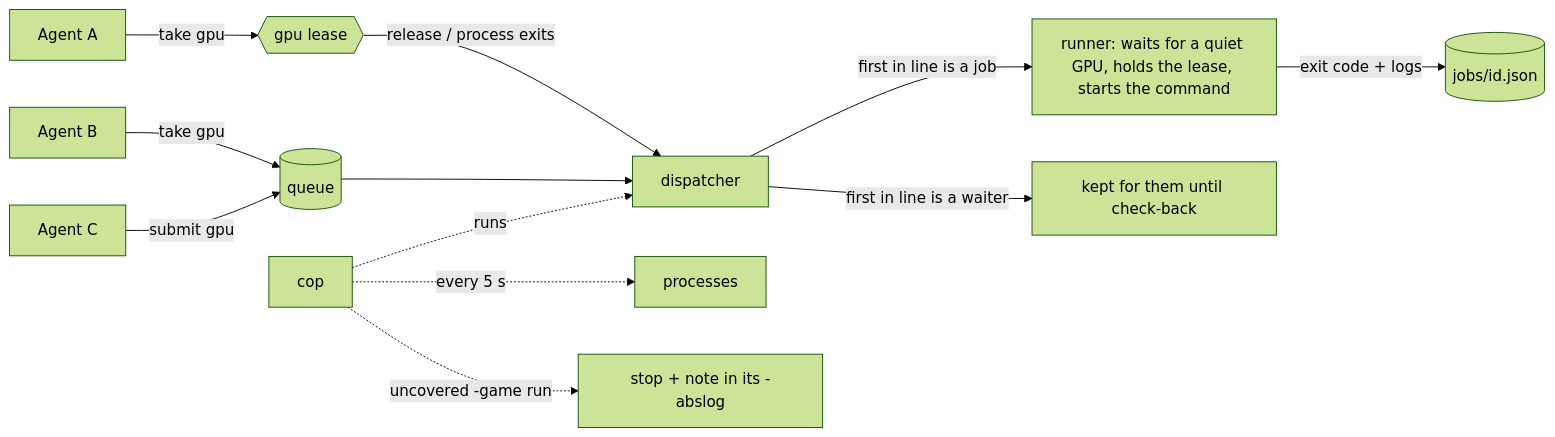
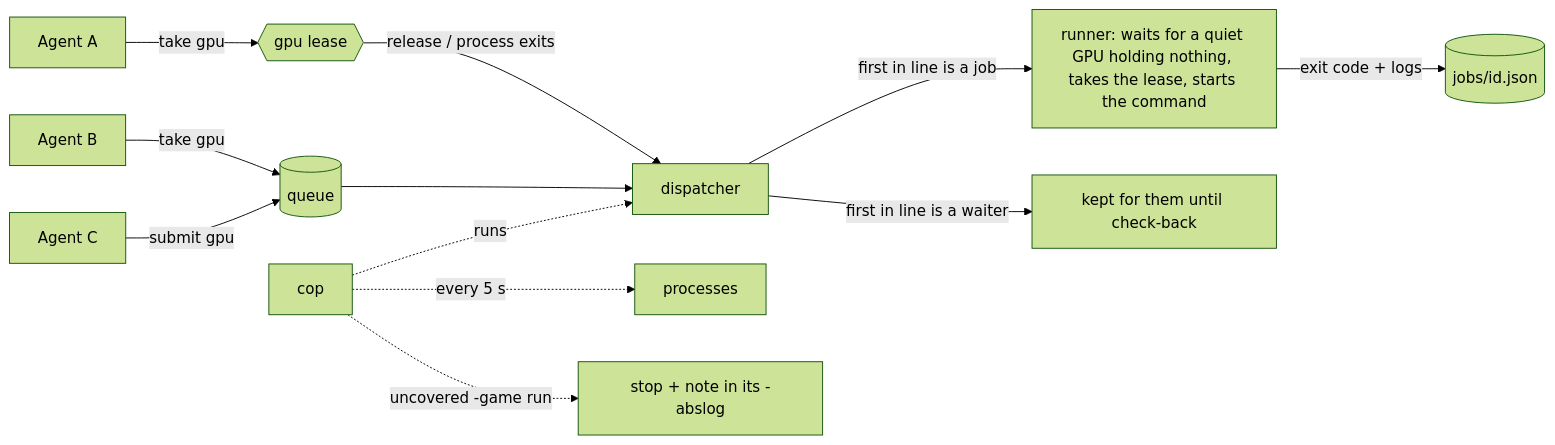
The diagram in README.md (knoxy4/thor-traffic), drawn with Mermaid (forest theme) before and after one commit. The commit also changed other lines of this file and 4 other files, not shown here.

First line of the commit message:
Waiting for a quiet GPU no longer holds or reserves the lease

````diff
--- a/README.md
+++ b/README.md
@@ -67,14 +67,14 @@
 ```mermaid
 flowchart LR
     A1[Agent A] -- take gpu --> L{{gpu lease}}
     A2[Agent B] -- take gpu --> Q[(queue)]
     A3[Agent C] -- submit gpu --> Q
     L -- release / process exits --> D[dispatcher]
     Q --> D
-    D -- first in line is a job --> R["runner: waits for a quiet GPU, holds the lease, starts the command"]
+    D -- first in line is a job --> R["runner: waits for a quiet GPU holding nothing, takes the lease, starts the command"]
     D -- first in line is a waiter --> K["kept for them until check-back"]
     R -- "exit code + logs" --> J[("jobs/id.json")]
     C[cop] -. every 5 s .-> P[processes]
     C -. uncovered -game run .-> X["stop + note in its -abslog"]
     C -. runs .-> D
 ```
````
